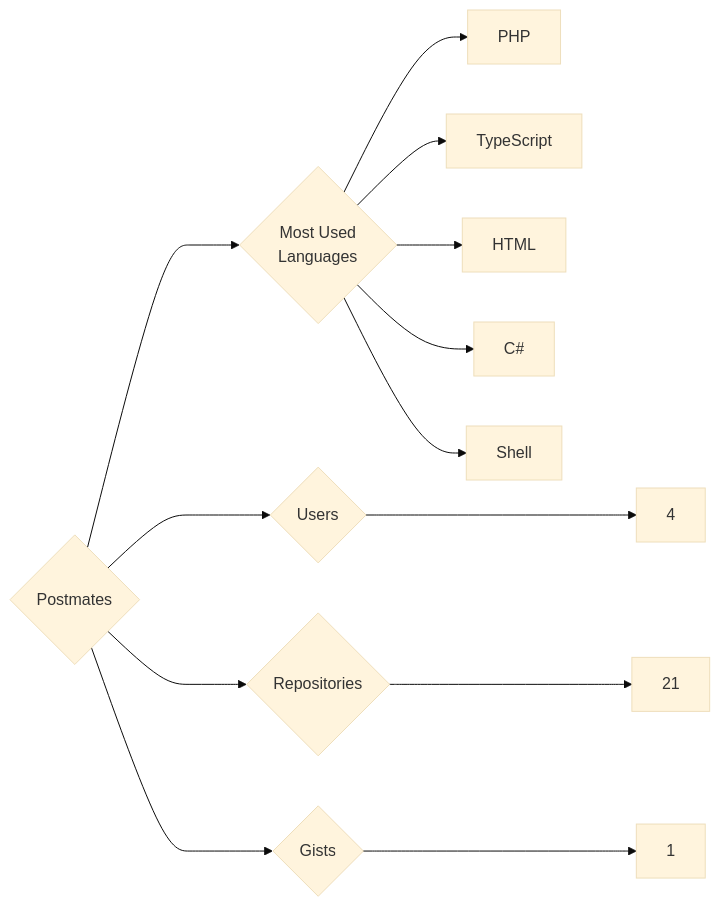
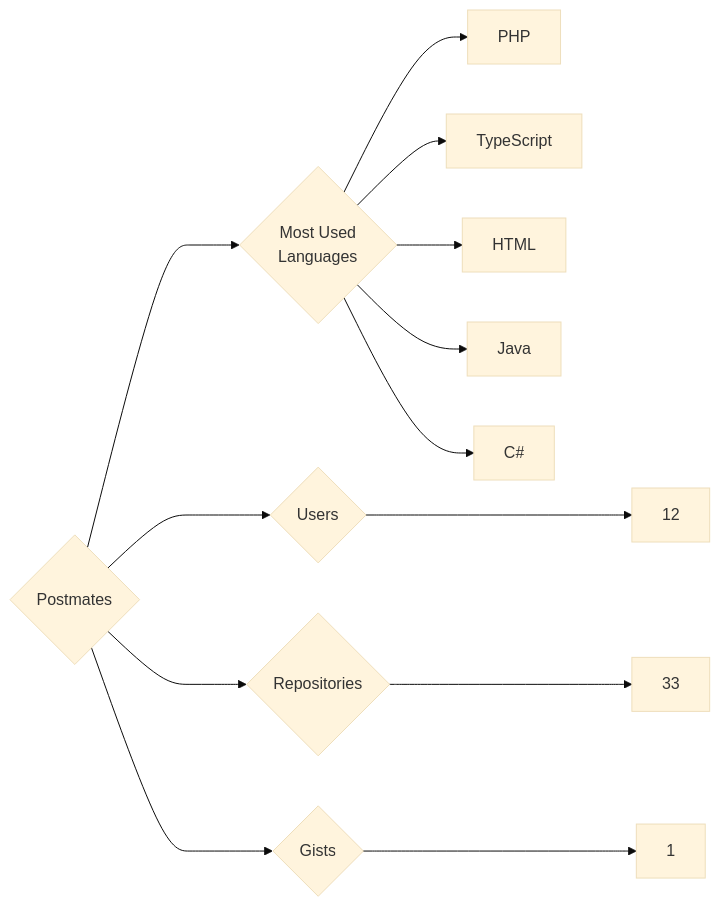
Before and after one commit to trickest/insiders: the diagram in targets/Postmates/README.md, drawn with Mermaid (base theme). The commit also changed 851 other files, not shown here.

````diff
--- a/targets/Postmates/README.md
+++ b/targets/Postmates/README.md
@@ -3,13 +3,13 @@
 ```mermaid
 graph LR
 COMPANY_NAME{Postmates}
-COMPANY_NAME ---> U{Users} ---> UN[4]
-COMPANY_NAME ---> R{Repositories} ---> RN[21]
+COMPANY_NAME ---> U{Users} ---> UN[12]
+COMPANY_NAME ---> R{Repositories} ---> RN[33]
 COMPANY_NAME ---> G{Gists} ---> GN[1]
 COMPANY_NAME ---> ML{Most Used<br>Languages}
 ML --> PHP[PHP]
 ML --> TypeScript[TypeScript]
 ML --> HTML[HTML]
+ML --> Java[Java]
 ML --> C#[C#]
-ML --> Shell[Shell]
 ```
````
